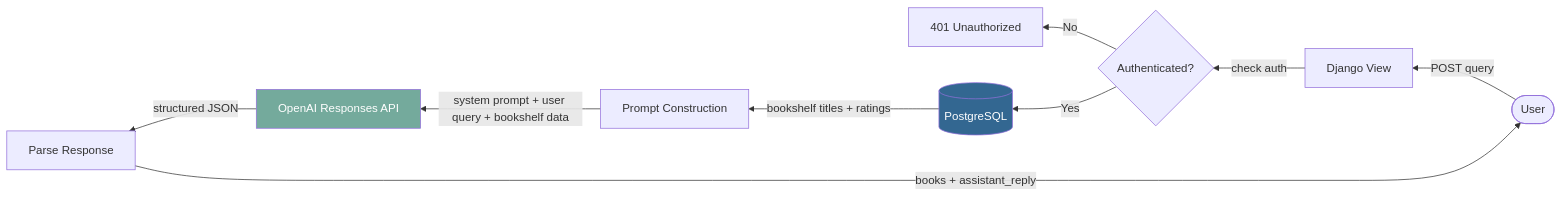
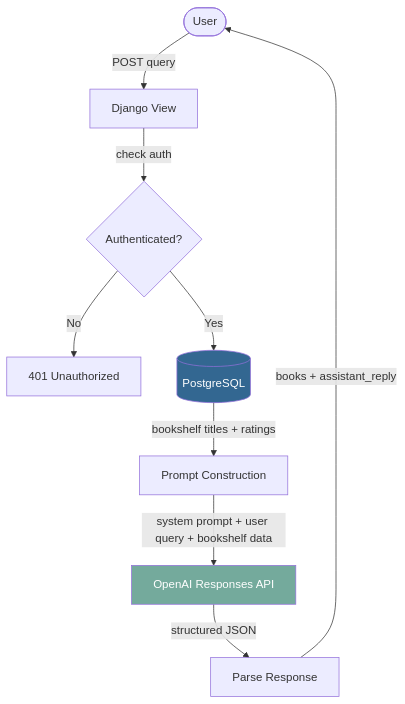
Before and after one commit to Jtsoco/rag-book-app: the first of 2 diagrams in book_rag_backend/docs/internal/diagrams/chatbot_flow.md, drawn with Mermaid.

Commit message:
top down flow

````diff
--- a/book_rag_backend/docs/internal/diagrams/chatbot_flow.md
+++ b/book_rag_backend/docs/internal/diagrams/chatbot_flow.md
@@ -1,15 +1,15 @@
 ```mermaid
 
-flowchart RL
+flowchart TB
     A([User]) -->|POST query| B[Django View]
     B -->|check auth| C{Authenticated?}
     C -->|No| D[401 Unauthorized]
     C -->|Yes| E[(PostgreSQL)]
     E -->|bookshelf titles + ratings| F[Prompt Construction]
     F -->|system prompt + user query + bookshelf data| G[OpenAI Responses API]
     G -->|structured JSON| H[Parse Response]
     H -->|books + assistant_reply| A
 
     style G fill:#74aa9c,color:#fff
     style E fill:#336791,color:#fff
 ```
````
